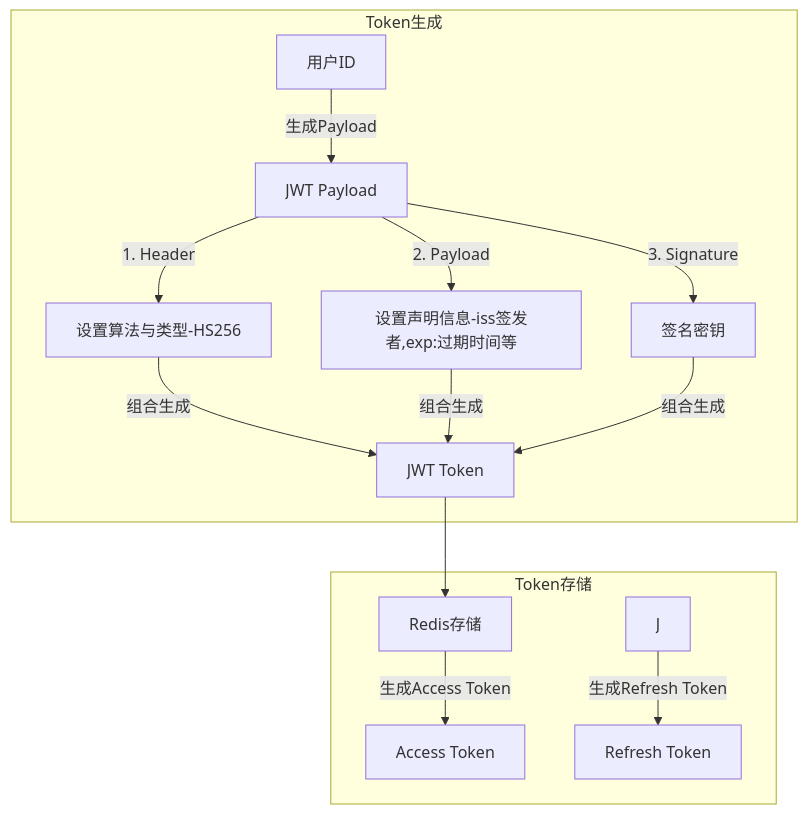
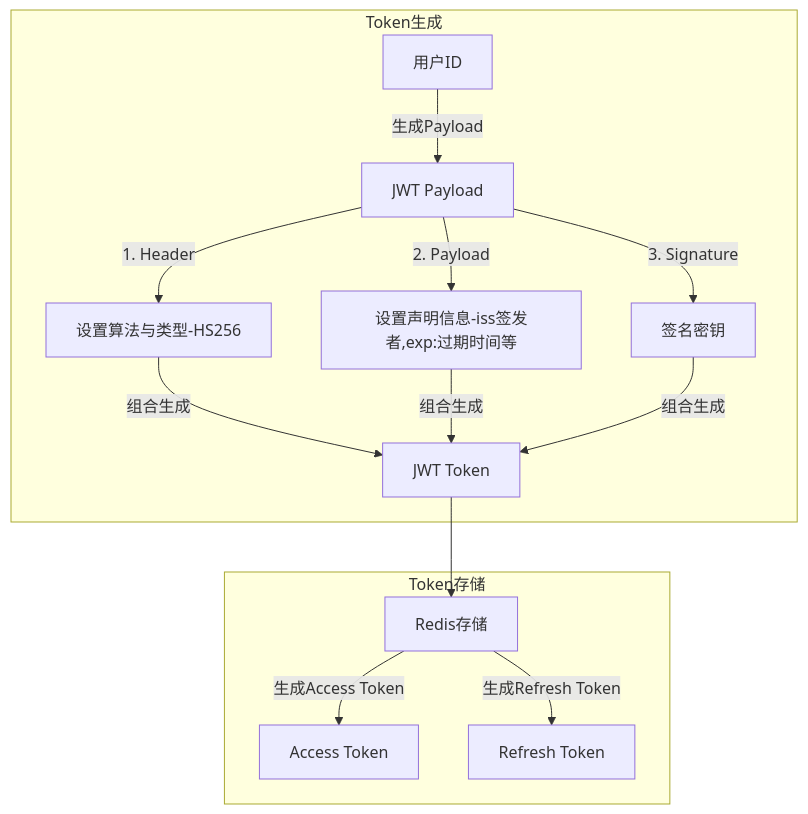
Before and after one commit to yingjianzh/iodraw-files: the diagram in all/未命名-15.md, drawn with Mermaid.

Commit message:
2025-01-02 18:24:00 update

````diff
--- a/all/未命名-15.md
+++ b/all/未命名-15.md
@@ -1,19 +1,19 @@
 ```mermaid
 flowchart TD
     subgraph Token生成
         A[用户ID] -->|生成Payload| B[JWT Payload]
         B -->|1. Header| C[设置算法与类型-HS256]
         B -->|2. Payload| D[设置声明信息-iss签发者,exp:过期时间等]
         B -->|3. Signature| E[签名密钥]
         C & D & E -->|组合生成| F[JWT Token]
     end
     
     subgraph Token存储
         F --> G[Redis存储]
-        G -->|生成Access Token| I[Access Token]
-        J -->|生成Refresh Token| K[Refresh Token]
+        G -->|生成Access Token| H[Access Token]
+        G -->|生成Refresh Token| K[Refresh Token]
         
     end
     
     
 ```
````
